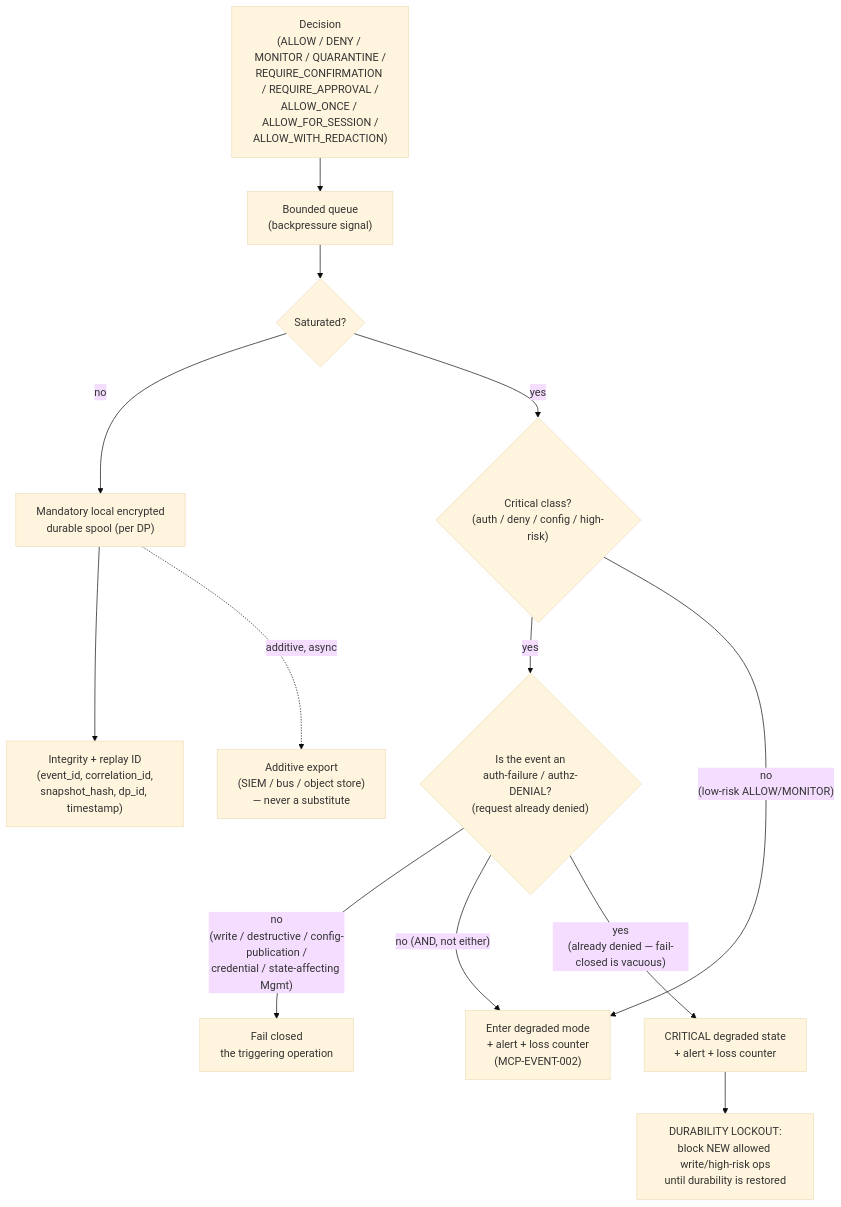
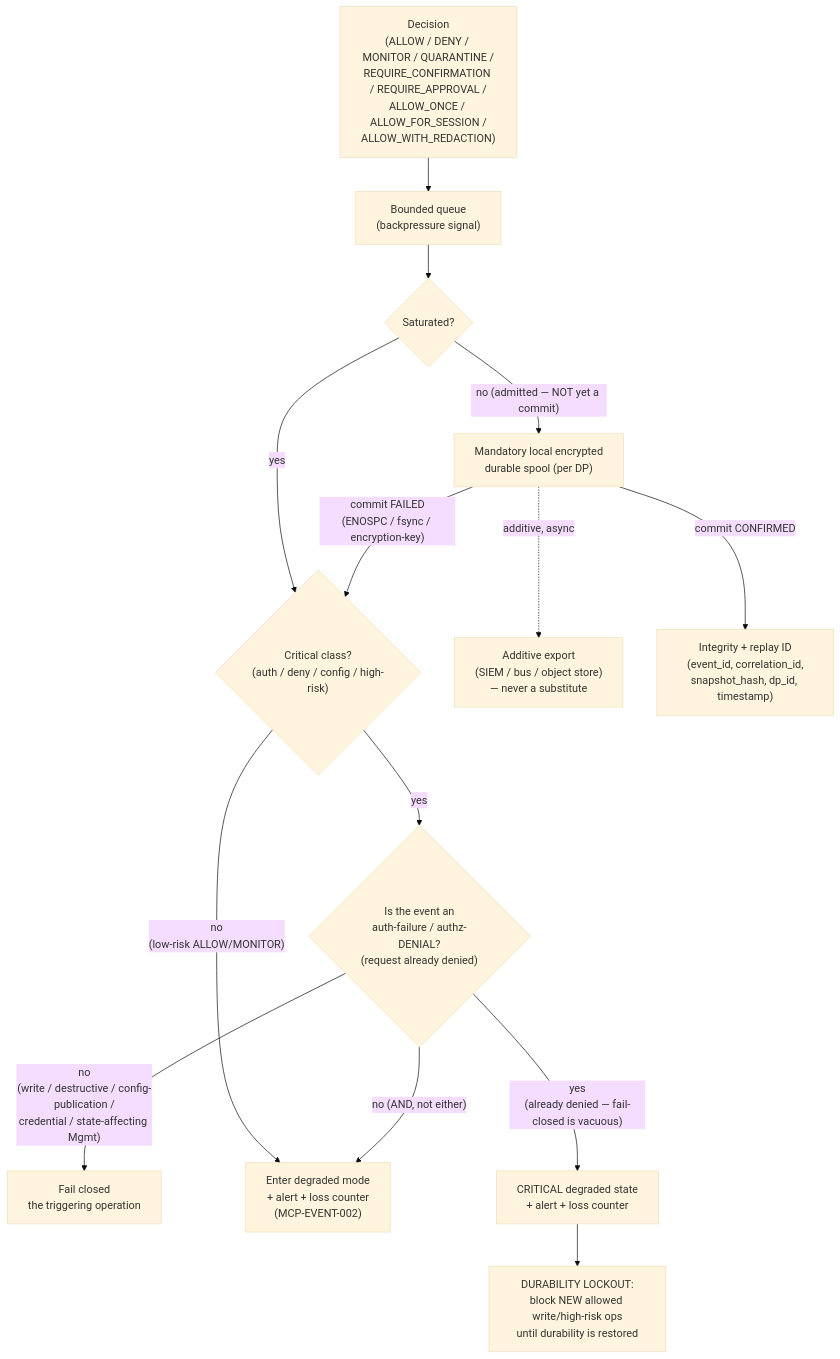
Before and after one commit to KidCarmi/Culvert: the diagram in docs/design/mcp/EVENT-MODEL.md, drawn with Mermaid (base theme). The commit also changed other lines of this file and 5 other files, not shown here.

````diff
--- a/docs/design/mcp/EVENT-MODEL.md
+++ b/docs/design/mcp/EVENT-MODEL.md
@@ -262,28 +262,29 @@
 ```mermaid
 flowchart TD
     D["Decision\n(ALLOW / DENY / MONITOR / QUARANTINE /\nREQUIRE_CONFIRMATION / REQUIRE_APPROVAL /\nALLOW_ONCE / ALLOW_FOR_SESSION /\nALLOW_WITH_REDACTION)"]
     Q["Bounded queue\n(backpressure signal)"]
     SAT{"Saturated?"}
     CRIT{"Critical class?\n(auth / deny / config / high-risk)"}
     KIND{"Is the event an\nauth-failure / authz-DENIAL?\n(request already denied)"}
     SPOOL["Mandatory local encrypted\ndurable spool (per DP)"]
     EXPORT["Additive export\n(SIEM / bus / object store)\n— never a substitute"]
     INT["Integrity + replay ID\n(event_id, correlation_id,\nsnapshot_hash, dp_id, timestamp)"]
     FAIL["Fail closed\nthe triggering operation"]
     DEG["Enter degraded mode\n+ alert + loss counter\n(MCP-EVENT-002)"]
     CDEG["CRITICAL degraded state\n+ alert + loss counter"]
     LOCK["DURABILITY LOCKOUT:\nblock NEW allowed write/high-risk ops\nuntil durability is restored"]
 
     D --> Q
     Q --> SAT
-    SAT -- "no" --> SPOOL
-    SPOOL --> INT
+    SAT -- "no (admitted — NOT yet a commit)" --> SPOOL
+    SPOOL -- "commit CONFIRMED" --> INT
+    SPOOL -- "commit FAILED\n(ENOSPC / fsync / encryption-key)" --> CRIT
     SPOOL -. "additive, async" .-> EXPORT
     SAT -- "yes" --> CRIT
     CRIT -- "yes" --> KIND
     KIND -- "no\n(write / destructive / config-publication /\ncredential / state-affecting Mgmt)" --> FAIL
     KIND -- "no (AND, not either)" --> DEG
     KIND -- "yes\n(already denied — fail-closed is vacuous)" --> CDEG
     CDEG --> LOCK
     CRIT -- "no\n(low-risk ALLOW/MONITOR)" --> DEG
 ```
````
